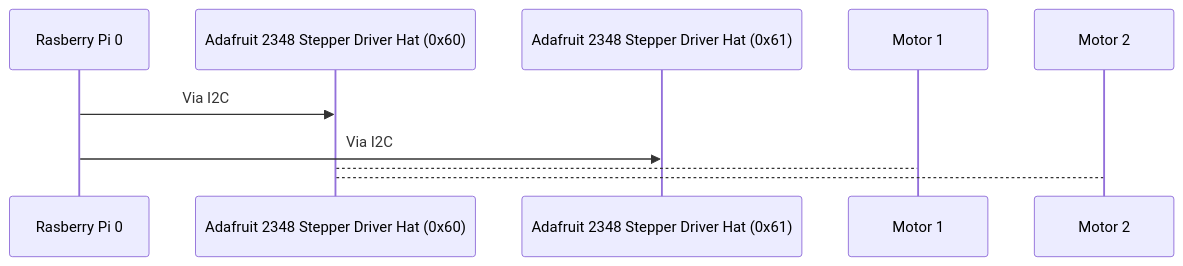
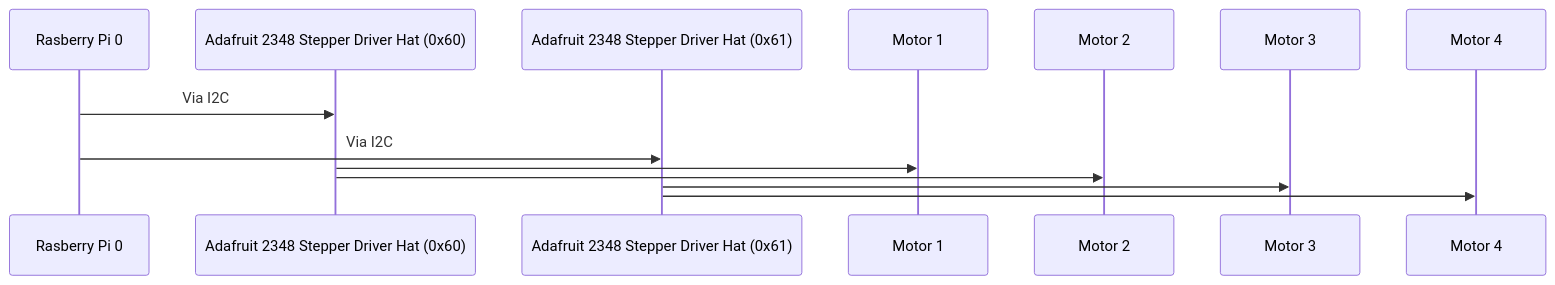
One commit to Catrick-cpu/roboarm_HASE changed the diagram in README.md. Above: the diagram before and after it, drawn with Mermaid. The commit also changed other lines of this file, not shown here.

Commit message:
Uptdated Readme

````diff
--- a/README.md
+++ b/README.md
@@ -14,11 +17,13 @@
 ```mermaid
 sequenceDiagram
 
 Rasberry Pi 0 ->> Adafruit 2348 Stepper Driver Hat (0x60): Via I2C
 Rasberry Pi 0 ->> Adafruit 2348 Stepper Driver Hat (0x61): Via I2C
 
-Adafruit 2348 Stepper Driver Hat (0x60) --> Motor 1: 
-Adafruit 2348 Stepper Driver Hat (0x60) --> Motor 2: 
+Adafruit 2348 Stepper Driver Hat (0x60) ->> Motor 1: 
+Adafruit 2348 Stepper Driver Hat (0x60) ->> Motor 2: 
+Adafruit 2348 Stepper Driver Hat (0x61) ->> Motor 3:
+Adafruit 2348 Stepper Driver Hat (0x61) ->> Motor 4:
 
 
 ```
````
